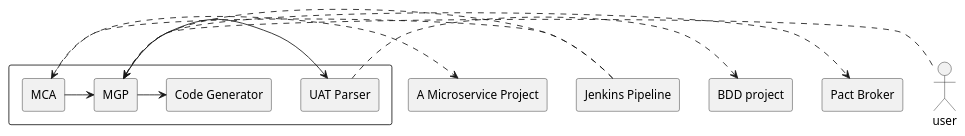
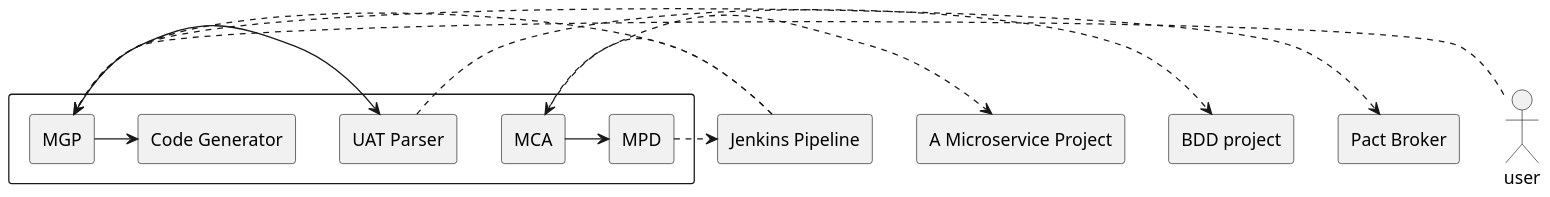
Before and after one commit to b4456609/mgp-back: the diagram in diagram/system.puml, drawn with PlantUML. The commit also changed 1 other file, not shown here.

Commit message:
update diagram

```diff
--- a/diagram/system.puml
+++ b/diagram/system.puml
@@ -1,26 +1,30 @@
 @startuml
+scale 1.5
 rectangle "A Microservice Project" as mp
 rectangle "Jenkins Pipeline" as jp
 rectangle "BDD project" as bp
 rectangle "Pact Broker" as pb
 actor user
 
 rectangle {
 	rectangle "MCA" as mca
 	rectangle "MGP"as mgp
 	rectangle "UAT Parser" as uatp
 	rectangle "Code Generator" as d
 
-	mca -> mgp
+	rectangle "MPD" as mpd
+
+	mca -r-> mpd
 	mgp -> uatp
 	mgp -> d
 }
 
+mpd.>jp
 mca .> mp
 jp .> mca
 jp .> mgp
 uatp .> bp
 mgp .> pb
 user .> mgp
 
 @enduml
```
